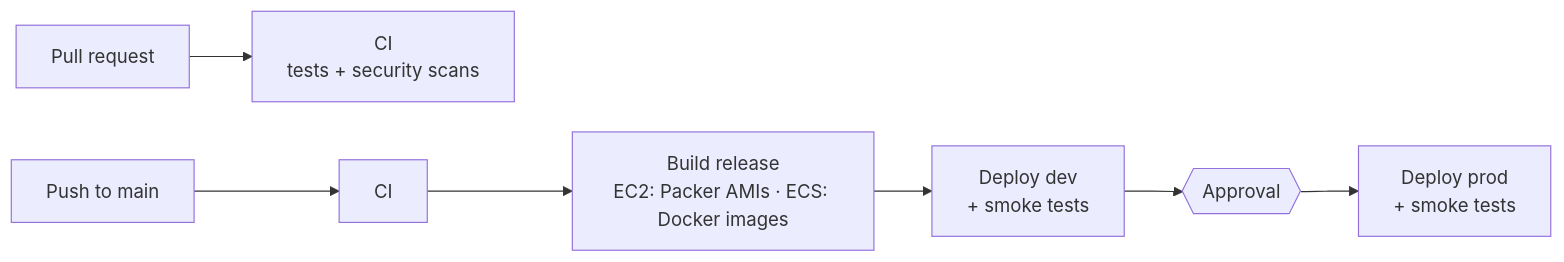
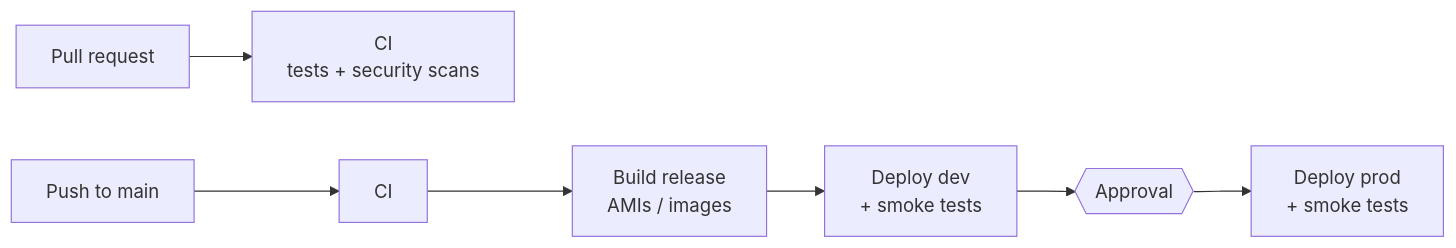
Before and after one commit to ngems1/3tier-app: the third of 3 diagrams in README.md, drawn with Mermaid. The commit also changed other lines of this file and 2 other files, not shown here.

````diff
--- a/README.md
+++ b/README.md
@@ -187,7 +187,7 @@
 ```mermaid
 flowchart LR
     pr[Pull request] --> ci[CI<br/>tests + security scans]
-    push[Push to main] --> ci2[CI] --> build[Build release<br/>EC2: Packer AMIs · ECS: Docker images]
+    push[Push to main] --> ci2[CI] --> build[Build release<br/>AMIs / images]
     build --> dev[Deploy dev<br/>+ smoke tests]
     dev --> approve{{Approval}} --> prod[Deploy prod<br/>+ smoke tests]
 ```
````
